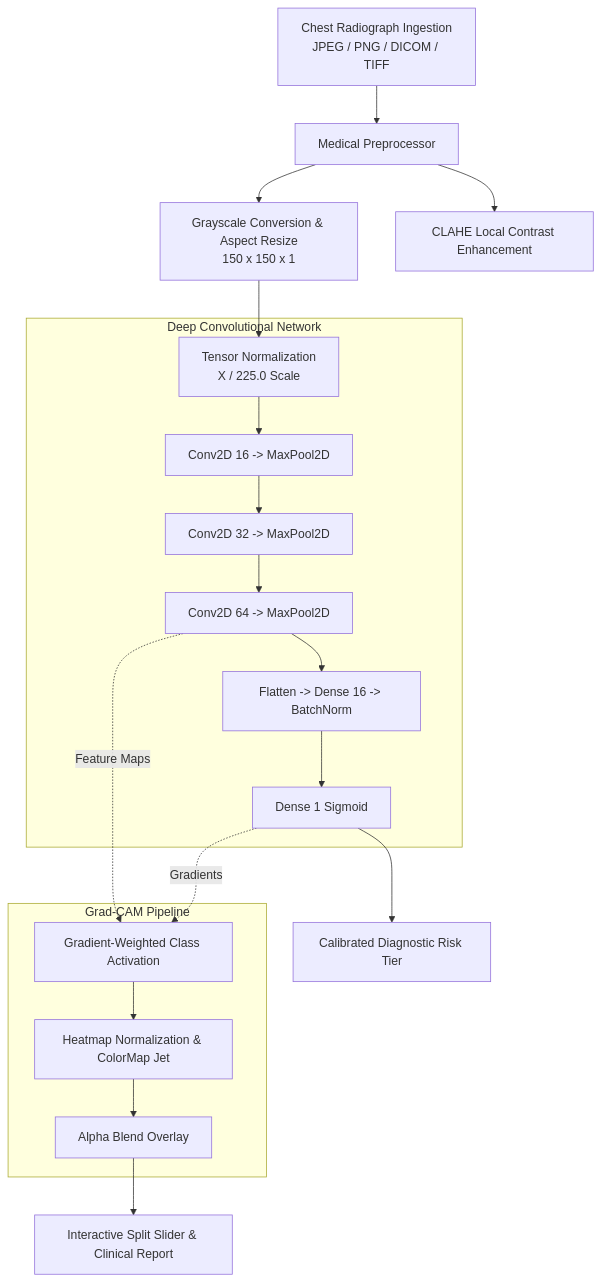
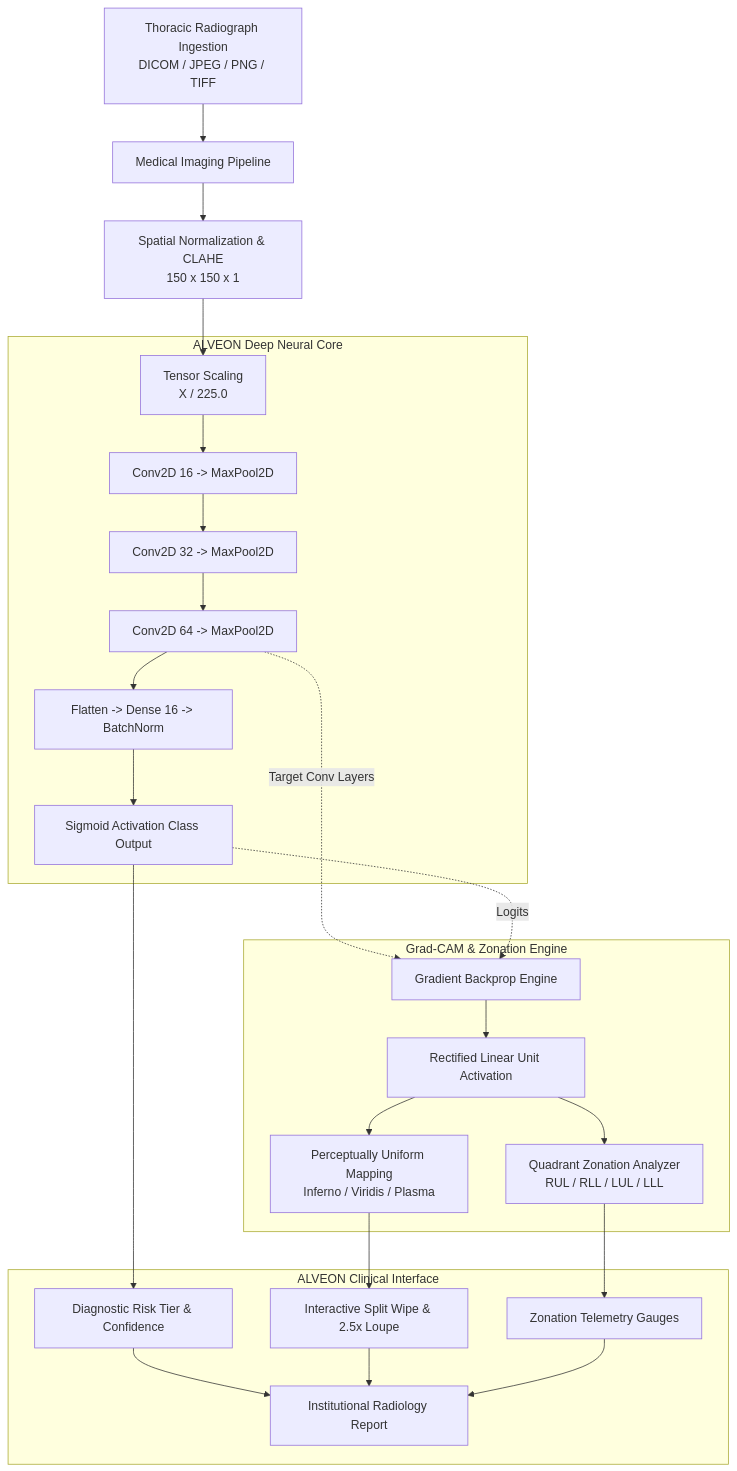
Before and after one commit to R-Priyadarshi/disease-detection-system: the diagram in README.md, drawn with Mermaid. The commit also changed other lines of this file and 11 other files, not shown here.

First line of the commit message:
feat(alveon): elevate platform to ALVEON clinical thoracic PACS workstation

````diff
--- a/README.md
+++ b/README.md
@@ -27,25 +46,29 @@
 ```mermaid
 flowchart TD
-    A[Chest Radiograph Ingestion\nJPEG / PNG / DICOM / TIFF] --> B[Medical Preprocessor]
-    B --> C[Grayscale Conversion & Aspect Resize\n150 x 150 x 1]
-    B --> D[CLAHE Local Contrast Enhancement]
-    C --> E[Tensor Normalization\nX / 225.0 Scale]
-    
-    subgraph CNN_Inference_Engine [Deep Convolutional Network]
-        E --> F[Conv2D 16 -> MaxPool2D]
-        F --> G[Conv2D 32 -> MaxPool2D]
-        G --> H[Conv2D 64 -> MaxPool2D]
-        H --> I[Flatten -> Dense 16 -> BatchNorm]
-        I --> J[Dense 1 Sigmoid]
+    A[Thoracic Radiograph Ingestion\nDICOM / JPEG / PNG / TIFF] --> B[Medical Imaging Pipeline]
+    B --> C[Spatial Normalization & CLAHE\n150 x 150 x 1]
+    C --> D[Tensor Scaling\nX / 225.0]
+
+    subgraph Deep_Convolutional_Engine [ALVEON Deep Neural Core]
+        D --> E[Conv2D 16 -> MaxPool2D]
+        E --> F[Conv2D 32 -> MaxPool2D]
+        F --> G[Conv2D 64 -> MaxPool2D]
+        G --> H[Flatten -> Dense 16 -> BatchNorm]
+        H --> I[Sigmoid Activation Class Output]
     end
 
-    subgraph Explainable_AI [Grad-CAM Pipeline]
-        H -. Feature Maps .-> K[Gradient-Weighted Class Activation]
-        J -. Gradients .-> K
-        K --> L[Heatmap Normalization & ColorMap Jet]
-        L --> M[Alpha Blend Overlay]
+    subgraph Explainable_XAI [Grad-CAM & Zonation Engine]
+        G -. Target Conv Layers .-> J[Gradient Backprop Engine]
+        I -. Logits .-> J
+        J --> K[Rectified Linear Unit Activation]
+        K --> L[Perceptually Uniform Mapping\nInferno / Viridis / Plasma]
+        K --> M[Quadrant Zonation Analyzer\nRUL / RLL / LUL / LLL]
     end
 
-    J --> N[Calibrated Diagnostic Risk Tier]
-    M --> O[Interactive Split Slider & Clinical Report]
+    subgraph PACS_Workstation [ALVEON Clinical Interface]
+        I --> N[Diagnostic Risk Tier & Confidence]
+        L --> O[Interactive Split Wipe & 2.5x Loupe]
+        M --> P[Zonation Telemetry Gauges]
+        N & O & P --> Q[Institutional Radiology Report]
+    end
 ```
````
